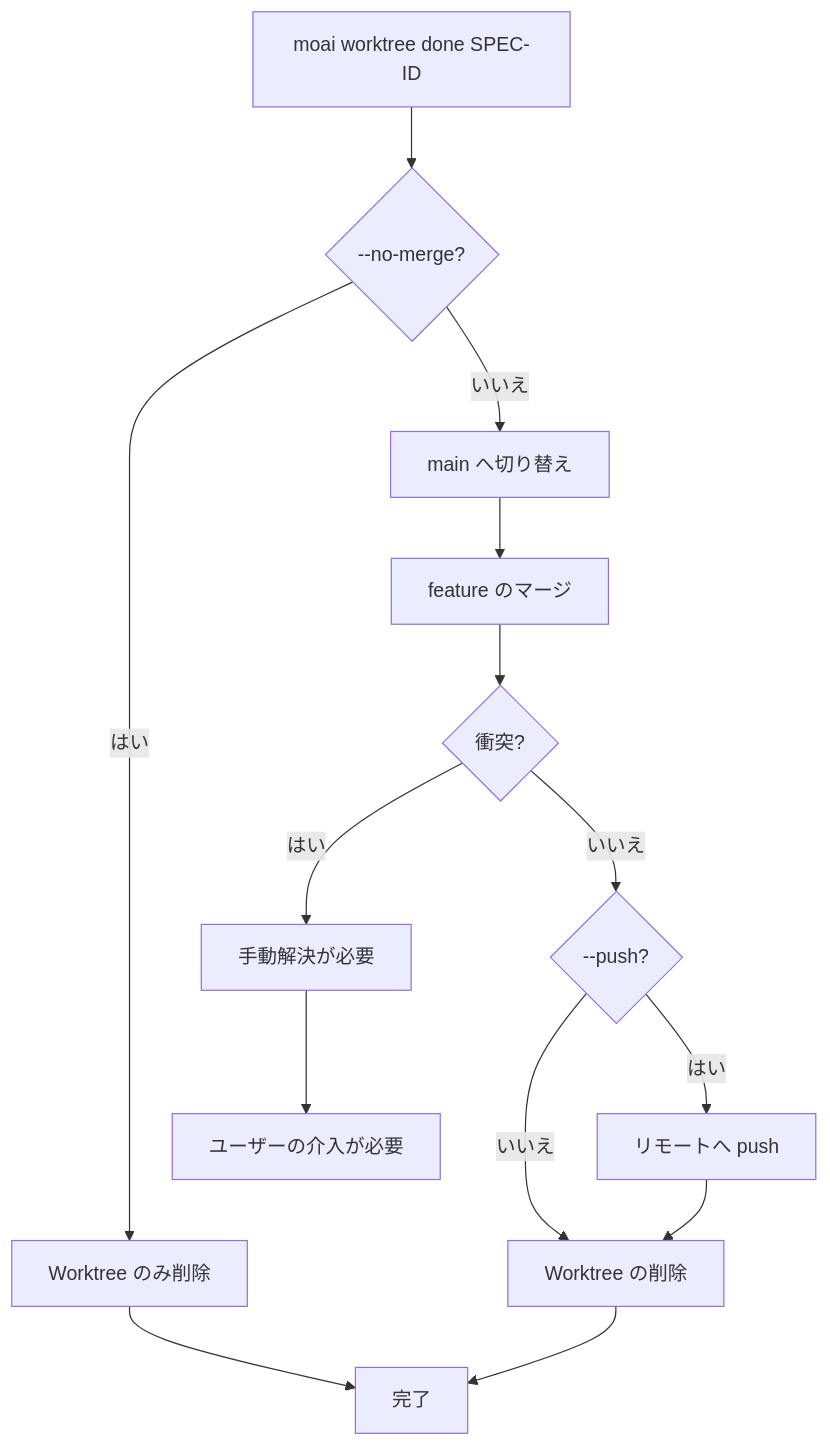
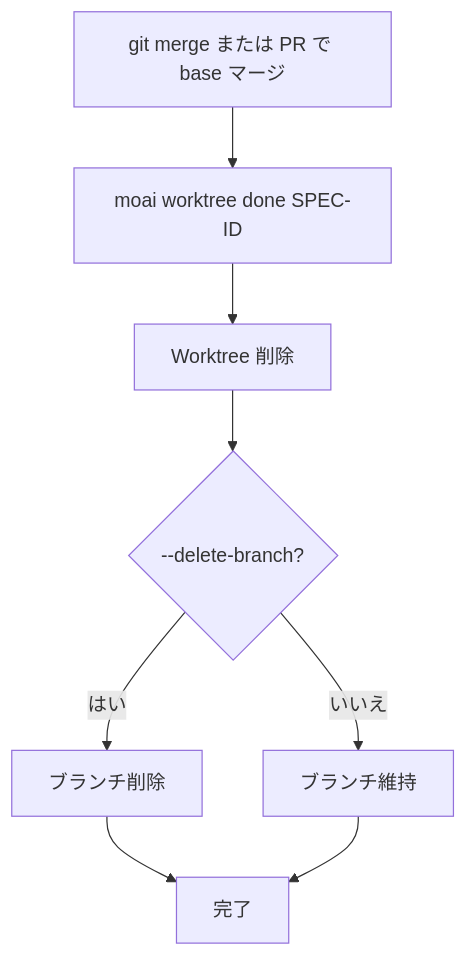
The fifth of 9 diagrams in docs-site/content/ja/worktree/faq.md (modu-ai/moai-adk), drawn with Mermaid before and after one commit. The commit also changed other lines of this file and 180 other files, not shown here.

````diff
--- a/docs-site/content/ja/worktree/faq.md
+++ b/docs-site/content/ja/worktree/faq.md
@@ -225,16 +224,10 @@
 ```mermaid
 flowchart TD
-    A[moai worktree done SPEC-ID] --> B{--no-merge?}
-    B -->|はい| C[Worktree のみ削除]
-    B -->|いいえ| D[main へ切り替え]
-    D --> E[feature のマージ]
-    E --> F{衝突?}
-    F -->|はい| G[手動解決が必要]
-    F -->|いいえ| H{--push?}
-    H -->|はい| I[リモートへ push]
-    H -->|いいえ| J[Worktree の削除]
-    I --> J
-    C --> K[完了]
-    J --> K
-    G --> L[ユーザーの介入が必要]
+    A[git merge または PR で base マージ] --> B[moai worktree done SPEC-ID]
+    B --> C[Worktree 削除]
+    C --> D{--delete-branch?}
+    D -->|はい| E[ブランチ削除]
+    D -->|いいえ| F[ブランチ維持]
+    E --> G[完了]
+    F --> G[完了]
 ```
````
